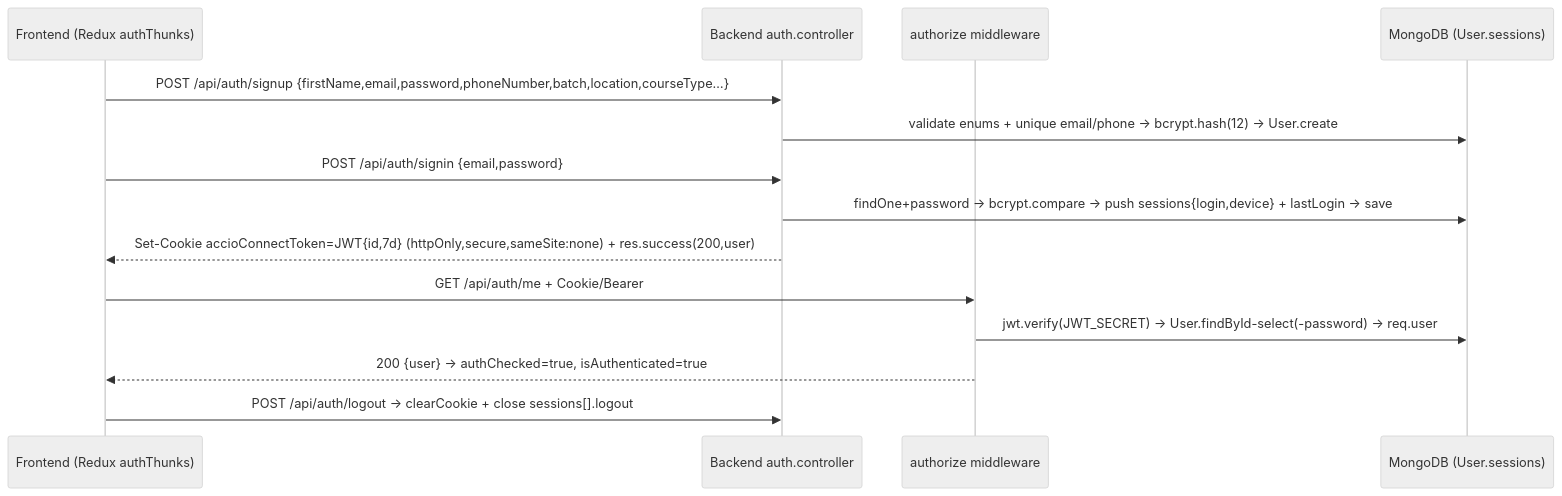
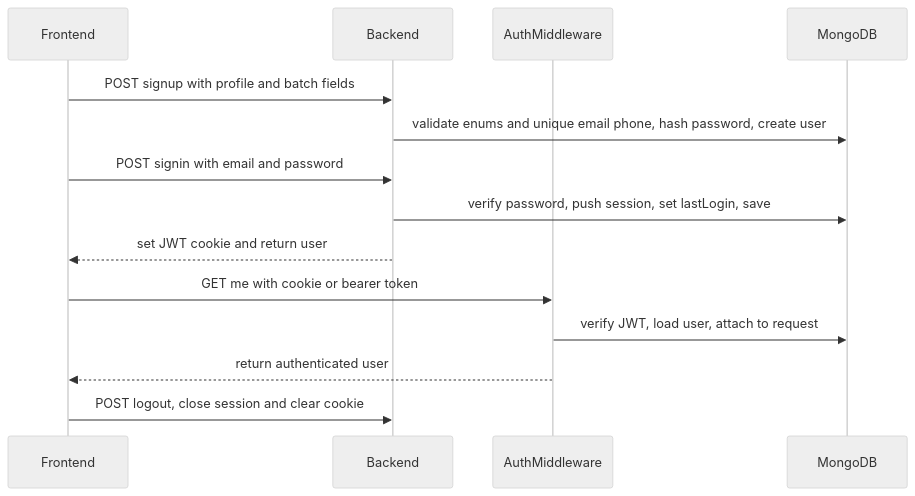
The third of 3 diagrams in docs/ARCHITECTURE.md (sai4u-dev/accio-connect), drawn with Mermaid (neutral theme) before and after one commit. The commit also changed other lines of this file and 3 other files, not shown here.

Commit message:
docs: update architecture and database design documentation for clarity and consistency

````diff
--- a/docs/ARCHITECTURE.md
+++ b/docs/ARCHITECTURE.md
@@ -123,16 +123,16 @@
 ```mermaid
 sequenceDiagram
-    participant F as Frontend (Redux authThunks)
-    participant B as Backend auth.controller
-    participant M as authorize middleware
-    participant DB as MongoDB (User.sessions)
-    F->>B: POST /api/auth/signup {firstName,email,password,phoneNumber,batch,location,courseType…}
-    B->>DB: validate enums + unique email/phone → bcrypt.hash(12) → User.create
-    F->>B: POST /api/auth/signin {email,password}
-    B->>DB: findOne+password → bcrypt.compare → push sessions{login,device} + lastLogin → save
-    B-->>F: Set-Cookie accioConnectToken=JWT{id,7d} (httpOnly,secure,sameSite:none) + res.success(200,user)
-    F->>M: GET /api/auth/me + Cookie/Bearer
-    M->>DB: jwt.verify(JWT_SECRET) → User.findById-select(-password) → req.user
-    M-->>F: 200 {user} → authChecked=true, isAuthenticated=true
-    F->>B: POST /api/auth/logout → clearCookie + close sessions[].logout
+    participant F as Frontend
+    participant B as Backend
+    participant M as AuthMiddleware
+    participant DB as MongoDB
+    F->>B: POST signup with profile and batch fields
+    B->>DB: validate enums and unique email phone, hash password, create user
+    F->>B: POST signin with email and password
+    B->>DB: verify password, push session, set lastLogin, save
+    B-->>F: set JWT cookie and return user
+    F->>M: GET me with cookie or bearer token
+    M->>DB: verify JWT, load user, attach to request
+    M-->>F: return authenticated user
+    F->>B: POST logout, close session and clear cookie
 ```
````
